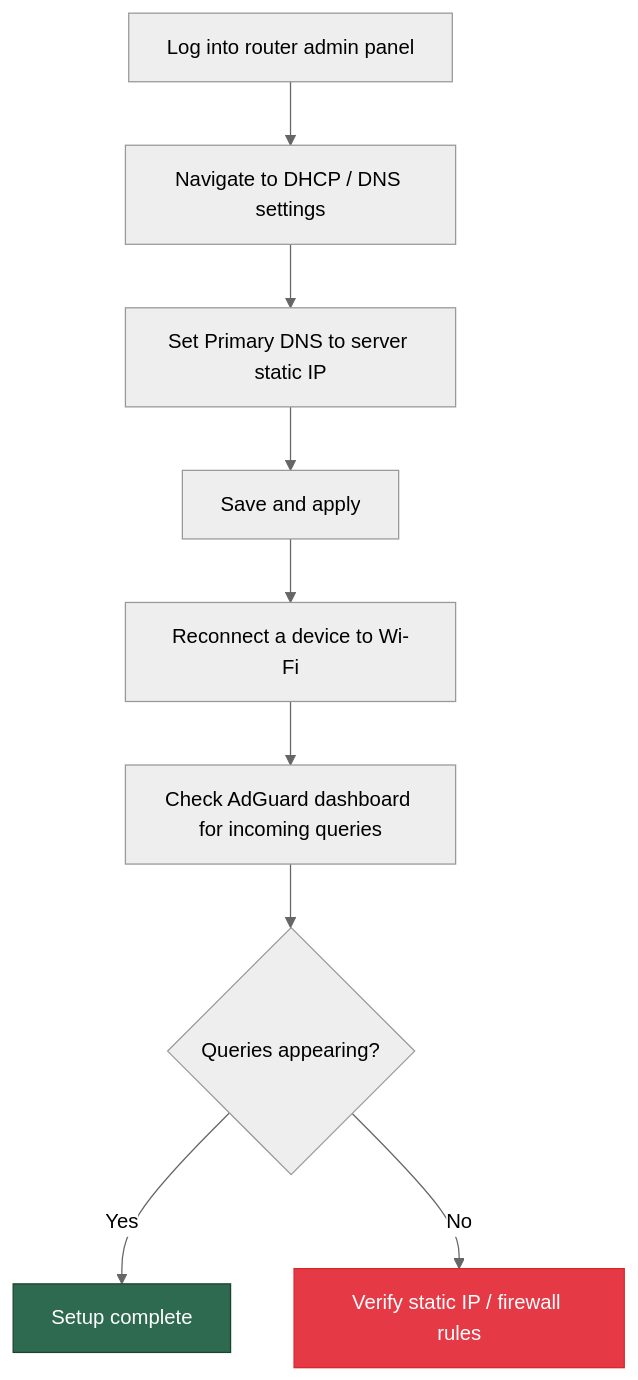
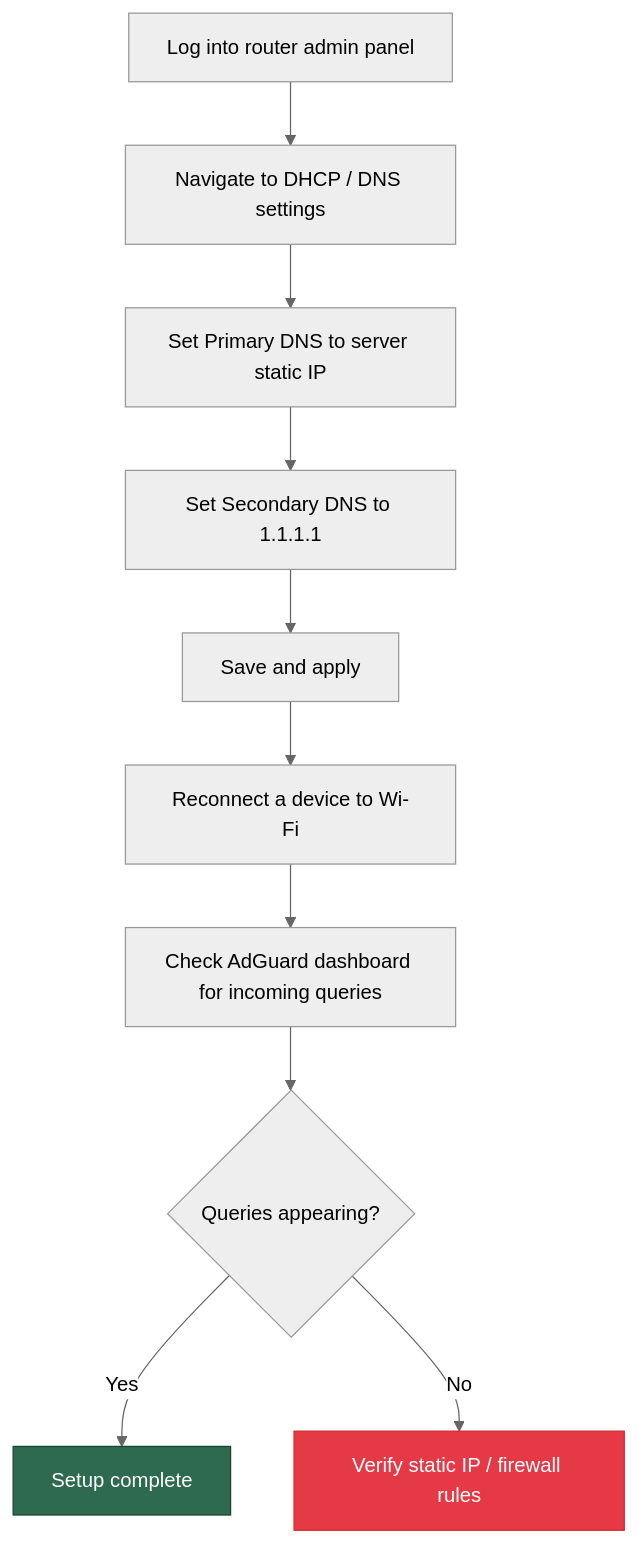
The third of 4 diagrams in README.md (rani-nabulsi/DNS-deployment), drawn with Mermaid (neutral theme) before and after one commit. The commit also changed other lines of this file and 1 other file, not shown here.

````diff
--- a/README.md
+++ b/README.md
@@ -166,14 +170,15 @@
 ```mermaid
 flowchart TD
     A[Log into router admin panel] --> B[Navigate to DHCP / DNS settings]
     B --> C[Set Primary DNS to server static IP]
-    C --> D[Save and apply]
-    D --> E[Reconnect a device to Wi-Fi]
-    E --> F[Check AdGuard dashboard for incoming queries]
-    F --> G{Queries appearing?}
-    G -- Yes --> H[Setup complete]
-    G -- No --> I[Verify static IP / firewall rules]
+    C --> D[Set Secondary DNS to 1.1.1.1]
+    D --> E[Save and apply]
+    E --> F[Reconnect a device to Wi-Fi]
+    F --> G[Check AdGuard dashboard for incoming queries]
+    G --> H{Queries appearing?}
+    H -- Yes --> I[Setup complete]
+    H -- No --> J[Verify static IP / firewall rules]
 
-    style H fill:#2d6a4f,stroke:#1b4332,color:#fff
-    style I fill:#e63946,stroke:#d62828,color:#fff
+    style I fill:#2d6a4f,stroke:#1b4332,color:#fff
+    style J fill:#e63946,stroke:#d62828,color:#fff
 ```
````
